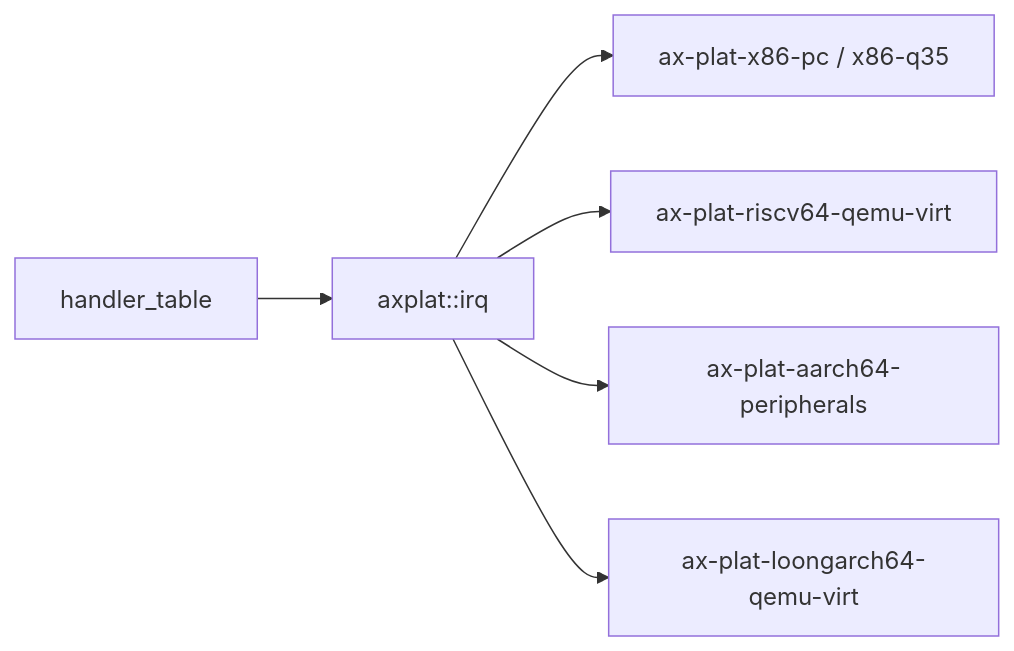
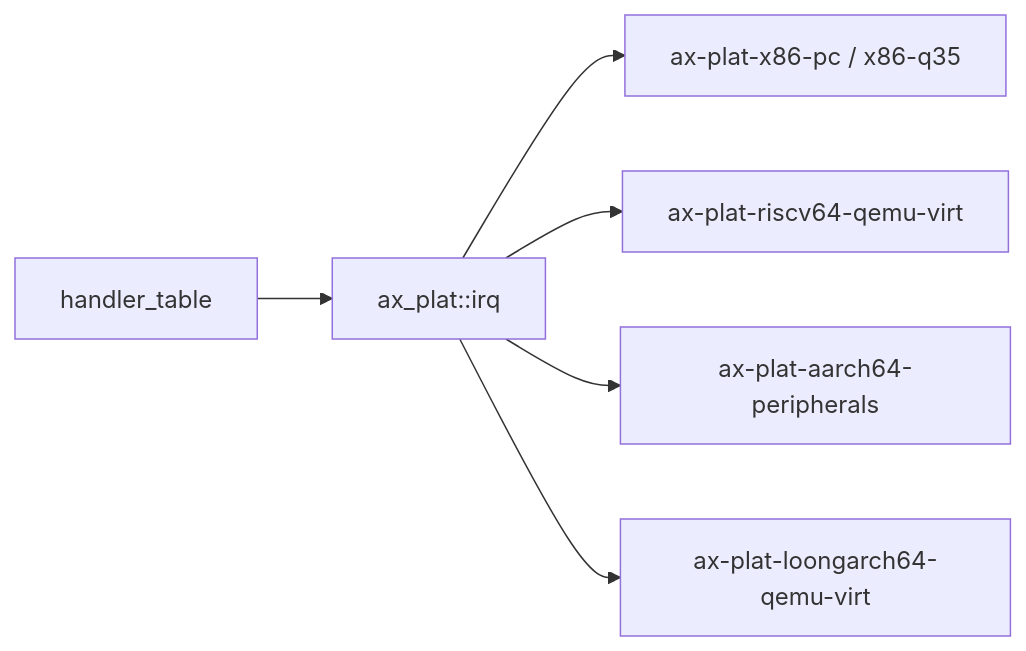
The second of 2 diagrams in docs/crates/handler_table.md (zKurisu/tgoskits), drawn with Mermaid before and after one commit. The commit also changed other lines of this file and 199 other files, not shown here.

Commit message:
rename axplat to ax-plat

````diff
--- a/docs/crates/handler_table.md
+++ b/docs/crates/handler_table.md
@@ -66,8 +66,8 @@
 ```mermaid
 graph LR
-    handler_table["handler_table"] --> axplat["axplat::irq"]
+    handler_table["handler_table"] --> axplat["ax_plat::irq"]
     axplat --> x86["ax-plat-x86-pc / x86-q35"]
     axplat --> riscv["ax-plat-riscv64-qemu-virt"]
     axplat --> aarch64["ax-plat-aarch64-peripherals"]
     axplat --> loongarch["ax-plat-loongarch64-qemu-virt"]
 ```
````
